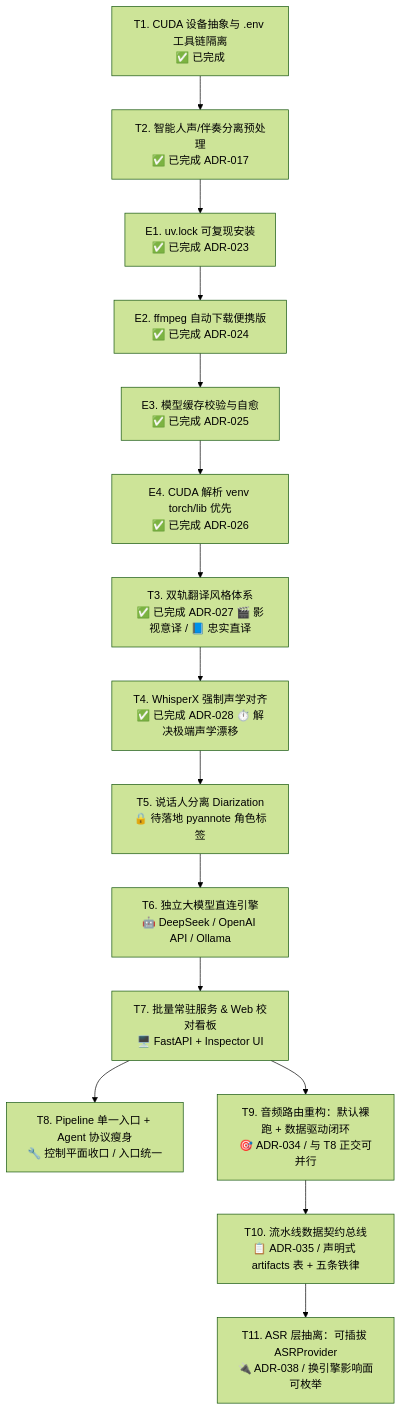
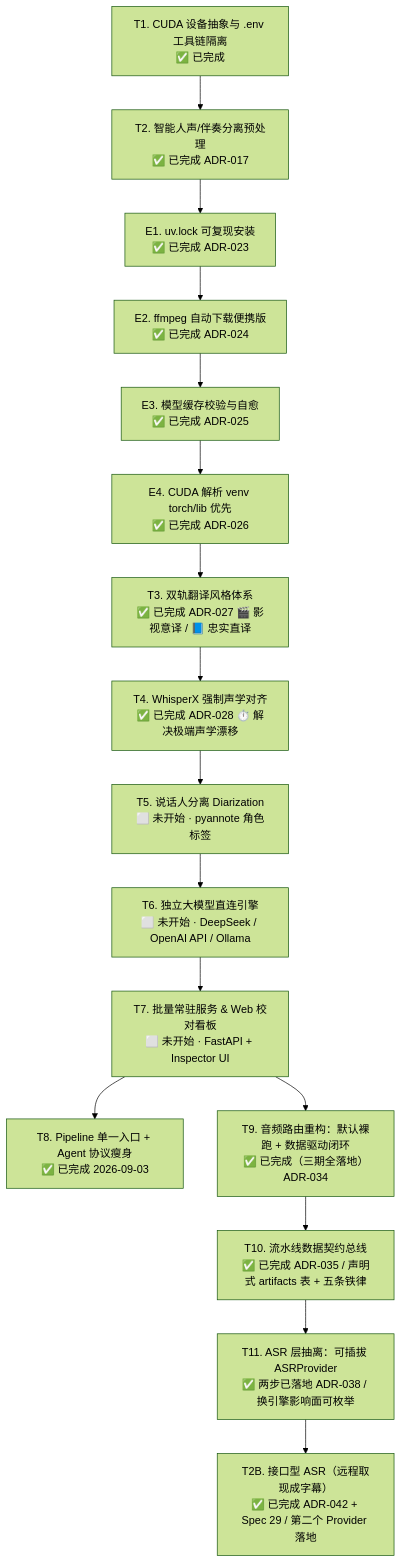
One commit to brosnan2800/video-translate changed the diagram in MAJOR_VERSION_PLAN.md. Above: the diagram before and after it, drawn with Mermaid (forest theme). The commit also changed other lines of this file, not shown here.

````diff
--- a/MAJOR_VERSION_PLAN.md
+++ b/MAJOR_VERSION_PLAN.md
@@ -48,17 +48,18 @@
 ```mermaid
 flowchart TD
     T1[T1. CUDA 设备抽象与 .env 工具链隔离<br/>✅ 已完成] --> T2[T2. 智能人声/伴奏分离预处理<br/>✅ 已完成 ADR-017]
     T2 --> E1[E1. uv.lock 可复现安装<br/>✅ 已完成 ADR-023]
     E1 --> E2[E2. ffmpeg 自动下载便携版<br/>✅ 已完成 ADR-024]
     E2 --> E3[E3. 模型缓存校验与自愈<br/>✅ 已完成 ADR-025]
     E3 --> E4[E4. CUDA 解析 venv torch/lib 优先<br/>✅ 已完成 ADR-026]
     E4 --> T3[T3. 双轨翻译风格体系<br/>✅ 已完成 ADR-027 🎬 影视意译 / 📘 忠实直译]
     T3 --> T4[T4. WhisperX 强制声学对齐<br/>✅ 已完成 ADR-028 ⏱️ 解决极端声学漂移]
-    T4 --> T5[T5. 说话人分离 Diarization<br/>🔒 待落地 pyannote 角色标签]
-    T5 --> T6[T6. 独立大模型直连引擎<br/>🤖 DeepSeek / OpenAI API / Ollama]
-    T6 --> T7[T7. 批量常驻服务 & Web 校对看板<br/>🖥️ FastAPI + Inspector UI]
-    T7 --> T8[T8. Pipeline 单一入口 + Agent 协议瘦身<br/>🔧 控制平面收口 / 入口统一]
-    T7 --> T9[T9. 音频路由重构：默认裸跑 + 数据驱动闭环<br/>🎯 ADR-034 / 与 T8 正交可并行]
-    T9 --> T10[T10. 流水线数据契约总线<br/>📋 ADR-035 / 声明式 artifacts 表 + 五条铁律]
-    T10 --> T11[T11. ASR 层抽离：可插拔 ASRProvider<br/>🔌 ADR-038 / 换引擎影响面可枚举]
+    T4 --> T5[T5. 说话人分离 Diarization<br/>⬜ 未开始 · pyannote 角色标签]
+    T5 --> T6[T6. 独立大模型直连引擎<br/>⬜ 未开始 · DeepSeek / OpenAI API / Ollama]
+    T6 --> T7[T7. 批量常驻服务 & Web 校对看板<br/>⬜ 未开始 · FastAPI + Inspector UI]
+    T7 --> T8[T8. Pipeline 单一入口 + Agent 协议瘦身<br/>✅ 已完成 2026-09-03]
+    T7 --> T9[T9. 音频路由重构：默认裸跑 + 数据驱动闭环<br/>✅ 已完成（三期全落地）ADR-034]
+    T9 --> T10[T10. 流水线数据契约总线<br/>✅ 已完成 ADR-035 / 声明式 artifacts 表 + 五条铁律]
+    T10 --> T11[T11. ASR 层抽离：可插拔 ASRProvider<br/>✅ 两步已落地 ADR-038 / 换引擎影响面可枚举]
+    T11 --> T2B[T2B. 接口型 ASR（远程取现成字幕）<br/>✅ 已完成 ADR-042 + Spec 29 / 第二个 Provider 落地]
 ```
````
